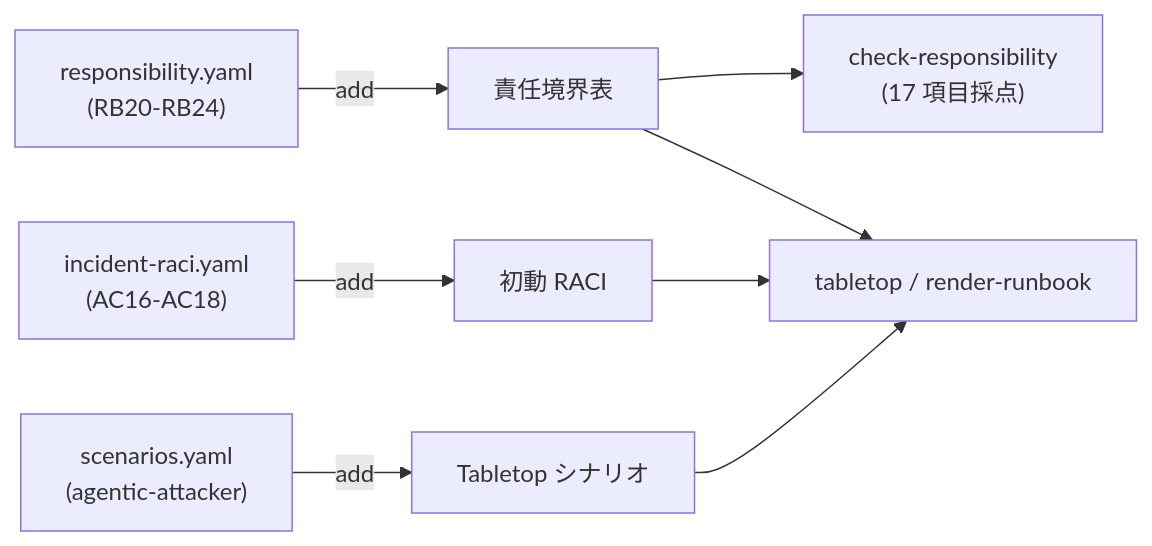
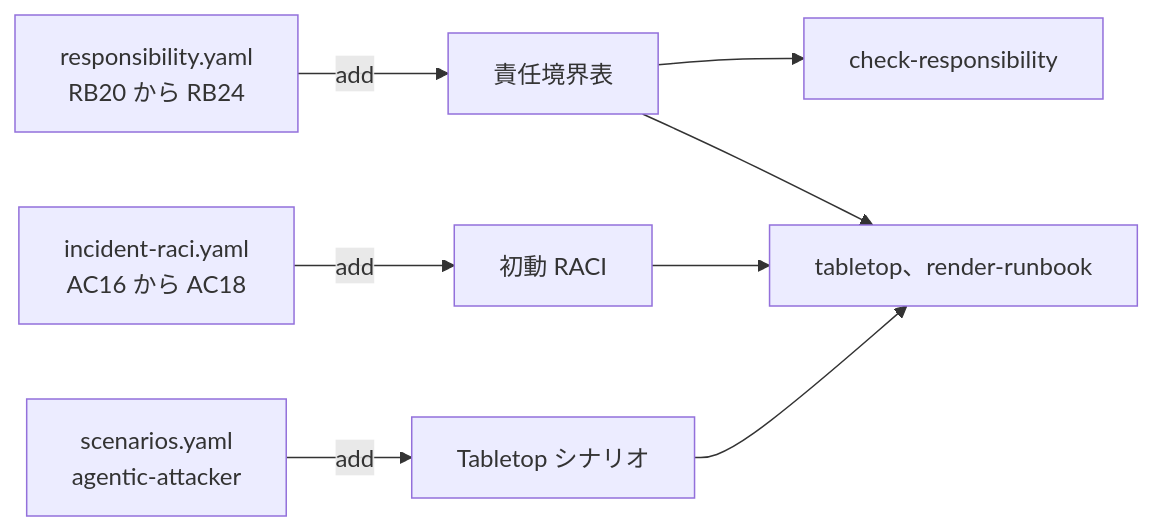
Before and after one commit to suwa-sh/shared-infra-incident-readiness: the diagram in docs/06_agentic_attacker_overlay.md, drawn with Mermaid. The commit also changed other lines of this file and 10 other files, not shown here.

````diff
--- a/docs/06_agentic_attacker_overlay.md
+++ b/docs/06_agentic_attacker_overlay.md
@@ -56,10 +66,10 @@
 ```mermaid
 graph LR
-  resp_ov["responsibility.yaml<br/>(RB20-RB24)"] -->|"add"| resp_def["責任境界表"]
-  raci_ov["incident-raci.yaml<br/>(AC16-AC18)"] -->|"add"| raci_def["初動 RACI"]
-  scen_ov["scenarios.yaml<br/>(agentic-attacker)"] -->|"add"| scen_def["Tabletop シナリオ"]
-  resp_def --> check["check-responsibility<br/>(17 項目採点)"]
-  resp_def --> tt["tabletop / render-runbook"]
-  raci_def --> tt
-  scen_def --> tt
+  responsibility["responsibility.yaml<br/>RB20 から RB24"] -->|"add"| responsibility_def["責任境界表"]
+  raci["incident-raci.yaml<br/>AC16 から AC18"] -->|"add"| raci_def["初動 RACI"]
+  scenarios["scenarios.yaml<br/>agentic-attacker"] -->|"add"| scenario_def["Tabletop シナリオ"]
+  responsibility_def --> check["check-responsibility"]
+  responsibility_def --> output["tabletop、render-runbook"]
+  raci_def --> output
+  scenario_def --> output
 ```
````
